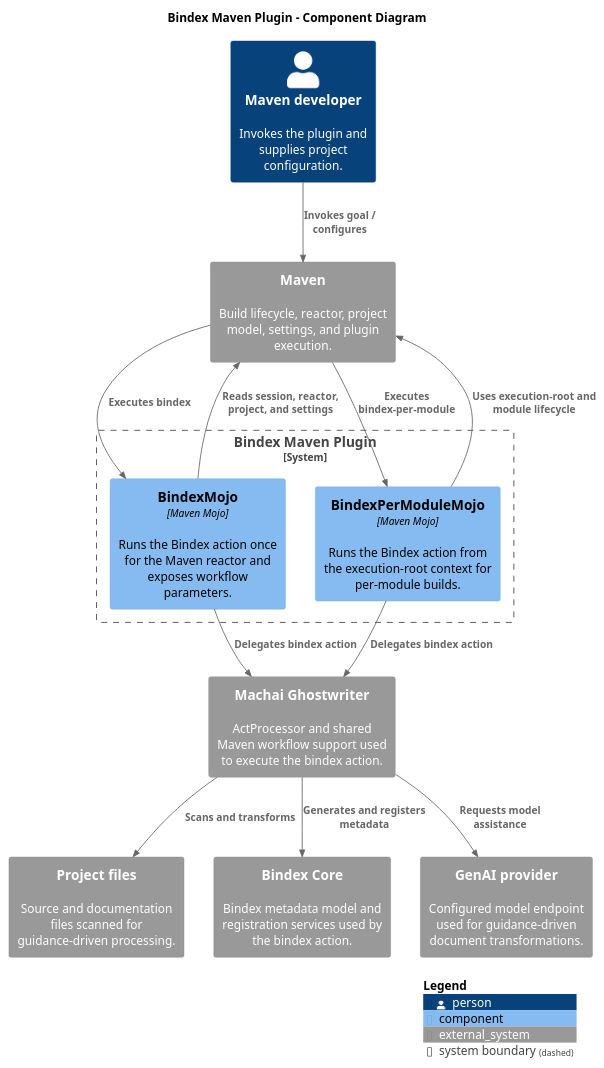
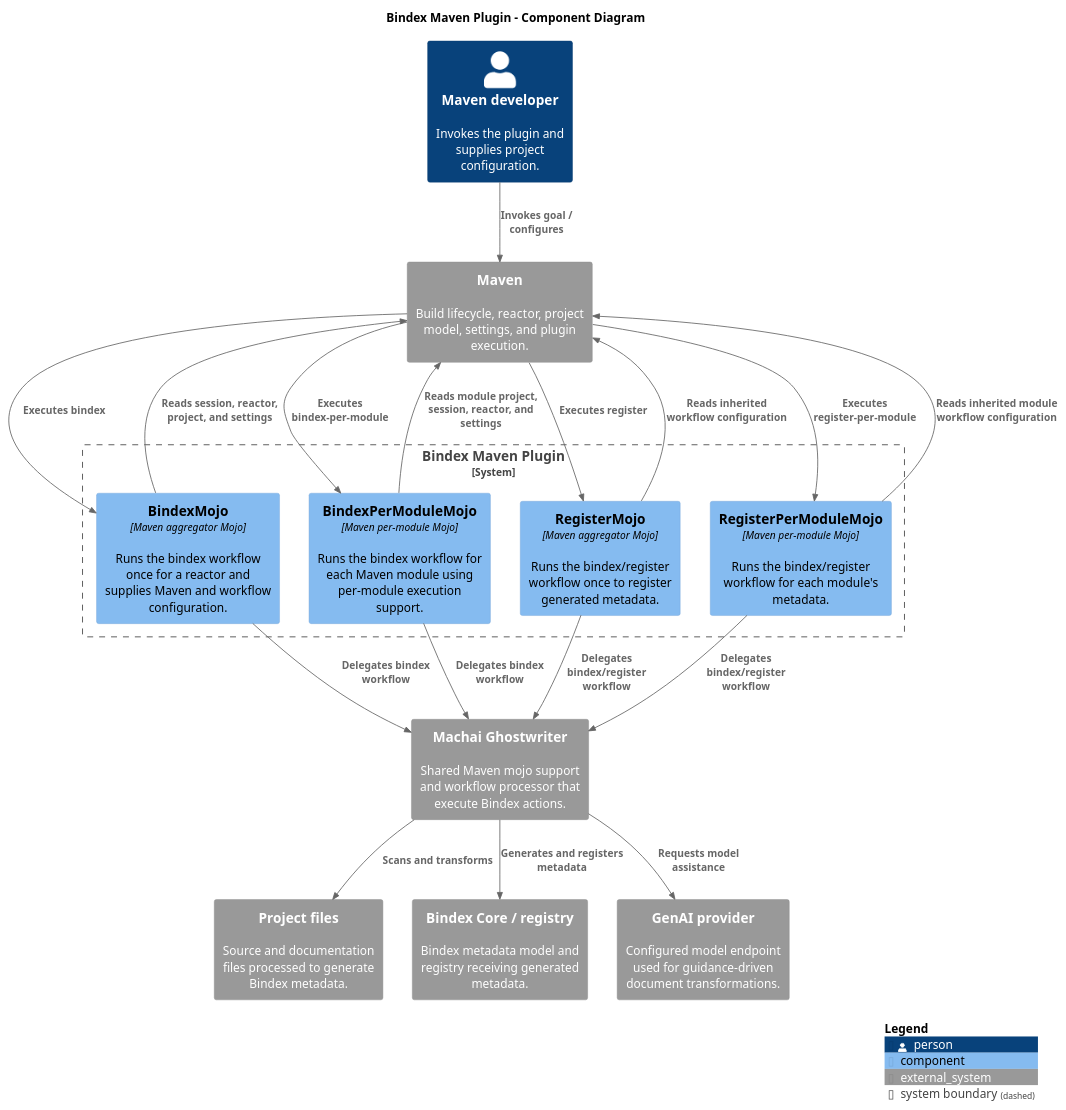
Before and after one commit to machanism-org/bindex-maven-plugin: the diagram in src/site/puml/c4-diagram.puml, drawn with PlantUML. The commit also changed 3 other files, not shown here.

```diff
--- a/src/site/puml/c4-diagram.puml
+++ b/src/site/puml/c4-diagram.puml
@@ -11,32 +11,40 @@
 @startuml
 !include https://raw.githubusercontent.com/plantuml-stdlib/C4-PlantUML/master/C4_Component.puml
 
 LAYOUT_WITH_LEGEND()
 title Bindex Maven Plugin - Component Diagram
 
 Person(developer, "Maven developer", "Invokes the plugin and supplies project configuration.")
 
 System_Boundary(plugin, "Bindex Maven Plugin") {
-  Component(aggregatorMojo, "BindexMojo", "Maven Mojo", "Runs the Bindex action once for the Maven reactor and exposes workflow parameters.")
-  Component(moduleMojo, "BindexPerModuleMojo", "Maven Mojo", "Runs the Bindex action from the execution-root context for per-module builds.")
+  Component(bindexMojo, "BindexMojo", "Maven aggregator Mojo", "Runs the bindex workflow once for a reactor and supplies Maven and workflow configuration.")
+  Component(bindexPerModuleMojo, "BindexPerModuleMojo", "Maven per-module Mojo", "Runs the bindex workflow for each Maven module using per-module execution support.")
+  Component(registerMojo, "RegisterMojo", "Maven aggregator Mojo", "Runs the bindex/register workflow once to register generated metadata.")
+  Component(registerPerModuleMojo, "RegisterPerModuleMojo", "Maven per-module Mojo", "Runs the bindex/register workflow for each module's metadata.")
 }
 
 System_Ext(maven, "Maven", "Build lifecycle, reactor, project model, settings, and plugin execution.")
-System_Ext(projectFiles, "Project files", "Source and documentation files scanned for guidance-driven processing.")
-System_Ext(ghostwriter, "Machai Ghostwriter", "ActProcessor and shared Maven workflow support used to execute the bindex action.")
-System_Ext(bindexCore, "Bindex Core", "Bindex metadata model and registration services used by the bindex action.")
+System_Ext(projectFiles, "Project files", "Source and documentation files processed to generate Bindex metadata.")
+System_Ext(ghostwriter, "Machai Ghostwriter", "Shared Maven mojo support and workflow processor that execute Bindex actions.")
+System_Ext(bindexCore, "Bindex Core / registry", "Bindex metadata model and registry receiving generated metadata.")
 System_Ext(genai, "GenAI provider", "Configured model endpoint used for guidance-driven document transformations.")
 
 Rel(developer, maven, "Invokes goal / configures")
-Rel(maven, aggregatorMojo, "Executes bindex")
-Rel(maven, moduleMojo, "Executes bindex-per-module")
-Rel(aggregatorMojo, maven, "Reads session, reactor, project, and settings")
-Rel(moduleMojo, maven, "Uses execution-root and module lifecycle")
-Rel(aggregatorMojo, ghostwriter, "Delegates bindex action")
-Rel(moduleMojo, ghostwriter, "Delegates bindex action")
+Rel(maven, bindexMojo, "Executes bindex")
+Rel(maven, bindexPerModuleMojo, "Executes bindex-per-module")
+Rel(maven, registerMojo, "Executes register")
+Rel(maven, registerPerModuleMojo, "Executes register-per-module")
+Rel(bindexMojo, maven, "Reads session, reactor, project, and settings")
+Rel(bindexPerModuleMojo, maven, "Reads module project, session, reactor, and settings")
+Rel(registerMojo, maven, "Reads inherited workflow configuration")
+Rel(registerPerModuleMojo, maven, "Reads inherited module workflow configuration")
+Rel(bindexMojo, ghostwriter, "Delegates bindex workflow")
+Rel(bindexPerModuleMojo, ghostwriter, "Delegates bindex workflow")
+Rel(registerMojo, ghostwriter, "Delegates bindex/register workflow")
+Rel(registerPerModuleMojo, ghostwriter, "Delegates bindex/register workflow")
 Rel(ghostwriter, projectFiles, "Scans and transforms")
 Rel(ghostwriter, bindexCore, "Generates and registers metadata")
 Rel(ghostwriter, genai, "Requests model assistance")
 
 SHOW_LEGEND()
 @enduml
```
